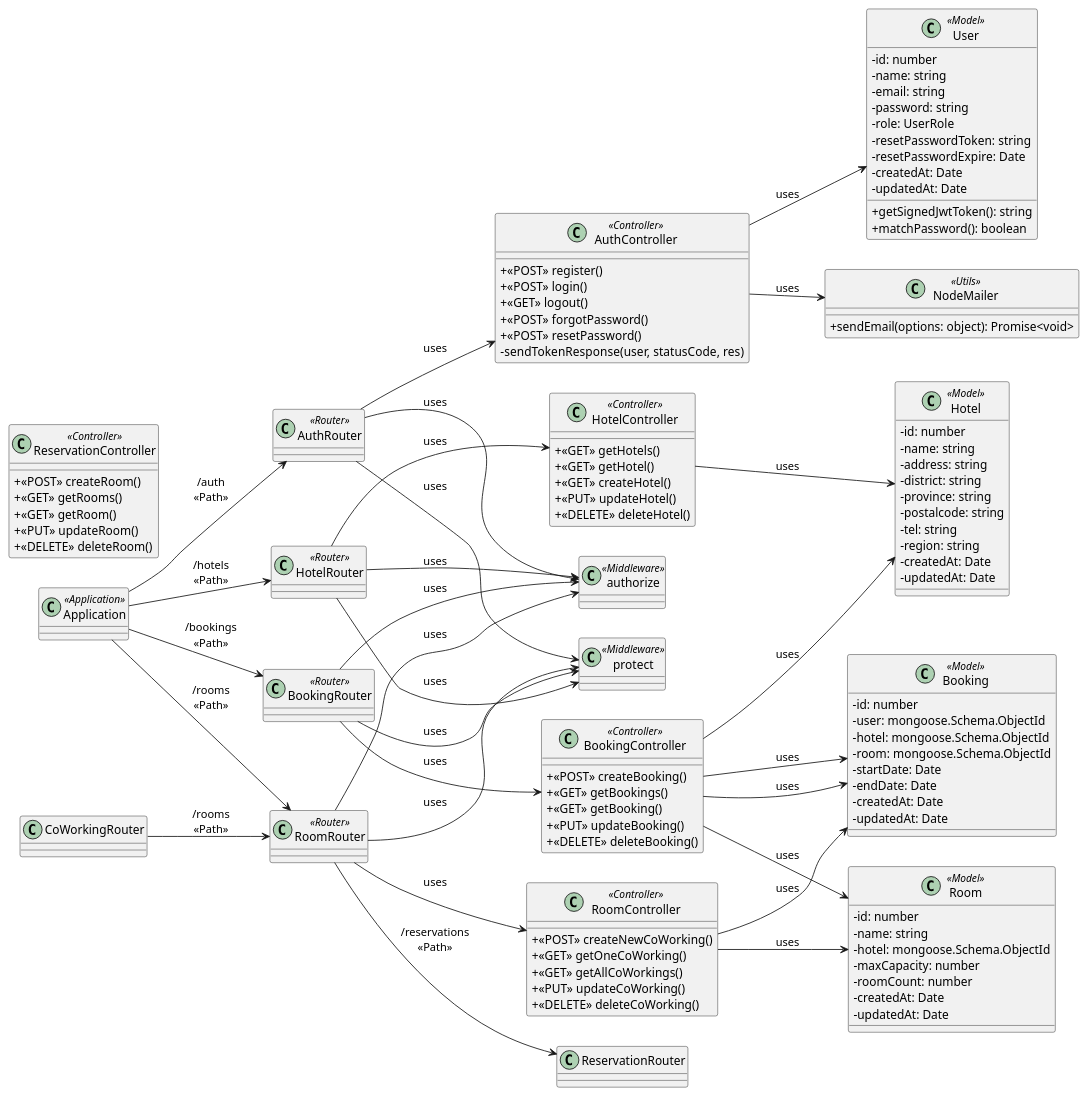
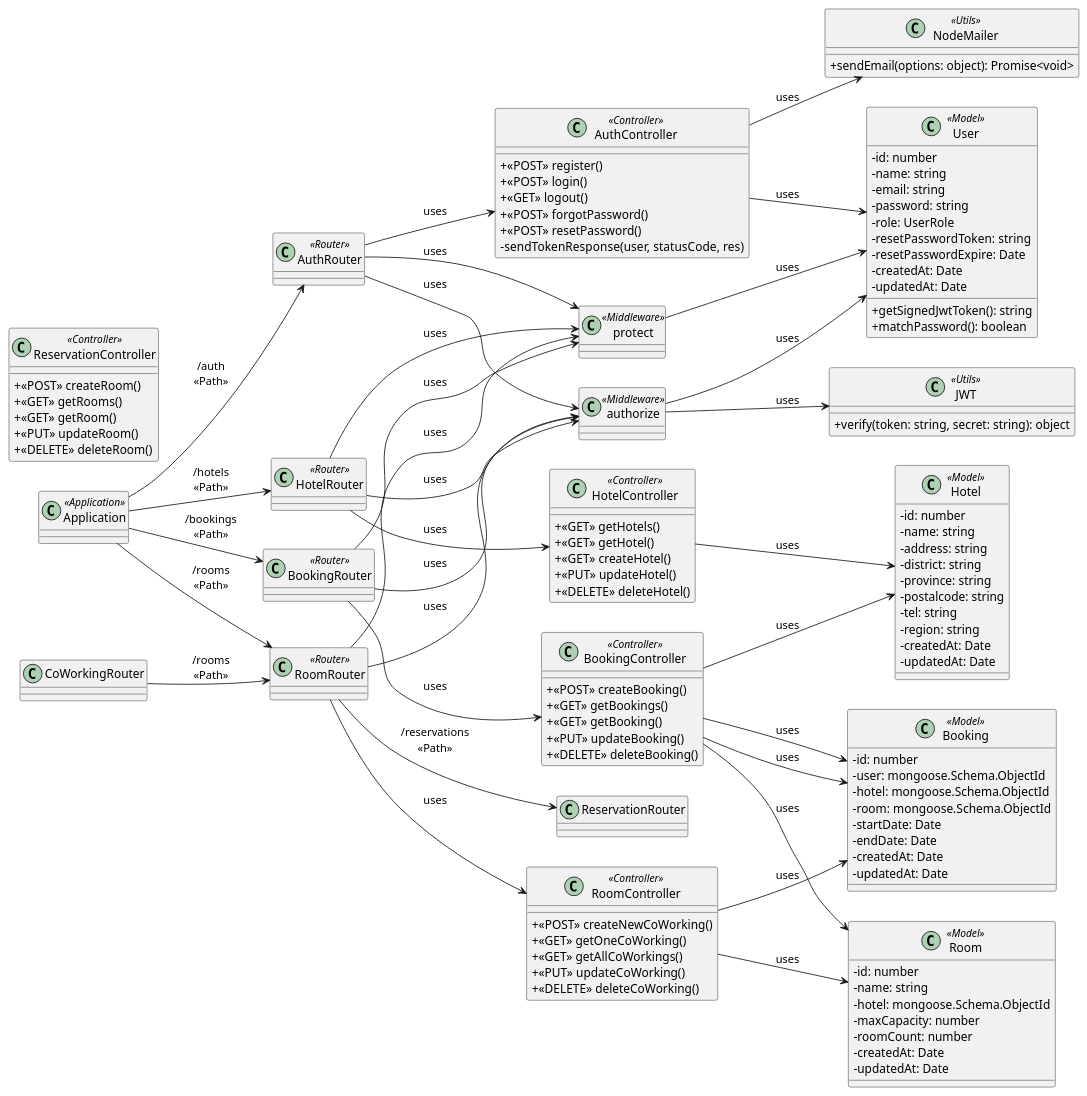
One commit to n0n7/SWDev_Final changed the diagram in diagram/class/class.puml. Above: the diagram before and after it, drawn with PlantUML. The commit also changed 9 other files, not shown here.

Commit message:
update sequence diagram

```diff
--- a/diagram/class/class.puml
+++ b/diagram/class/class.puml
@@ -1,157 +1,166 @@
 @startuml Class Diagram
 left to right direction
 skinparam packagePadding 20
 skinparam classAttributeIconSize 0
 
 class Application <<Application>>
 
 ' Routers
 class AuthRouter <<Router>>
 class HotelRouter <<Router>>
 class RoomRouter <<Router>>
 class BookingRouter <<Router>>
 
 ' Controllers
 class AuthController <<Controller>> {
     + <<POST>> register()
     + <<POST>> login()
     + <<GET>> logout()
     + <<POST>> forgotPassword()
     + <<POST>> resetPassword()
     - sendTokenResponse(user, statusCode, res)
 }
 
 class HotelController <<Controller>> {
     + <<GET>> getHotels()
     + <<GET>> getHotel()
     + <<GET>> createHotel()
     + <<PUT>> updateHotel()
     + <<DELETE>> deleteHotel()
 }
 
 class RoomController <<Controller>> {
     + <<POST>> createNewCoWorking()
     + <<GET>> getOneCoWorking()
     + <<GET>> getAllCoWorkings()
     + <<PUT>> updateCoWorking()
     + <<DELETE>> deleteCoWorking()
 }
 
 class BookingController <<Controller>> {
     + <<POST>> createBooking()
     + <<GET>> getBookings()
     + <<GET>> getBooking()
     + <<PUT>> updateBooking()
     + <<DELETE>> deleteBooking()
 }
 
 class ReservationController <<Controller>> {
     + <<POST>> createRoom()
     + <<GET>> getRooms()
     + <<GET>> getRoom()
     + <<PUT>> updateRoom()
     + <<DELETE>> deleteRoom()
 }
 
 ' Model
 class User <<Model>> {
     - id: number
     - name: string
     - email: string
     - password: string
     - role: UserRole
     - resetPasswordToken: string
     - resetPasswordExpire: Date
     - createdAt: Date
     - updatedAt: Date
 
     + getSignedJwtToken(): string
     + matchPassword(): boolean
 }
 
 class Hotel <<Model>> {
     - id: number
     - name: string
     - address: string
     - district: string
     - province: string
     - postalcode: string
     - tel: string
     - region: string
     - createdAt: Date
     - updatedAt: Date
 }
 
 class Room <<Model>> {
     - id: number
     - name: string
     - hotel: mongoose.Schema.ObjectId
     - maxCapacity: number
     - roomCount: number
     - createdAt: Date
     - updatedAt: Date
 }
 
 class Booking <<Model>> {
     - id: number
     - user: mongoose.Schema.ObjectId
     - hotel: mongoose.Schema.ObjectId
     - room: mongoose.Schema.ObjectId
     - startDate: Date
     - endDate: Date
     - createdAt: Date
     - updatedAt: Date
 }
 
 ' Utils
 class NodeMailer <<Utils>> {
     + sendEmail(options: object): Promise<void>
 }
 
+class JWT <<Utils>> {
+    + verify(token: string, secret: string): object
+}
+
 ' Middlewares
 class authorize <<Middleware>>
 class protect <<Middleware>>
 
 '' Service & Router
 Application --> AuthRouter: "/auth\n<<Path>>"
 Application --> HotelRouter: "/hotels\n<<Path>>"
 Application --> BookingRouter: "/bookings\n<<Path>>"
 Application --> RoomRouter: "/rooms\n<<Path>>"
 
 '' Routers & Routers
 CoWorkingRouter --> RoomRouter: "/rooms\n<<Path>>"
 RoomRouter --> ReservationRouter: "/reservations\n<<Path>>"
 
 '' Router & Middlewares
 AuthRouter --> authorize: "uses"
 AuthRouter --> protect: "uses"
 
 HotelRouter --> authorize: "uses"
 HotelRouter --> protect: "uses"
 
 RoomRouter --> authorize: "uses"
 RoomRouter --> protect: "uses"
 
 BookingRouter --> authorize: "uses"
 BookingRouter --> protect: "uses"
 
 '' Routers & Controllers
 AuthRouter --> AuthController: "uses"
 HotelRouter --> HotelController: "uses"
 RoomRouter --> RoomController: "uses"
 BookingRouter --> BookingController: "uses"
 
 '' Controllers & Models
 AuthController --> User: "uses"
 HotelController --> Hotel: "uses"
 RoomController --> Room: "uses"
 BookingController --> Booking: "uses"
 RoomController --> Booking: "uses"
 BookingController --> Booking: "uses"
 BookingController --> Hotel: "uses"
 BookingController --> Room: "uses"
 
+'' Middlewares & Models
+authorize --> User: "uses"
+protect --> User: "uses"
+
 '' Utils
 AuthController --> NodeMailer: "uses"
+authorize --> JWT: "uses"
 
 @enduml
```
